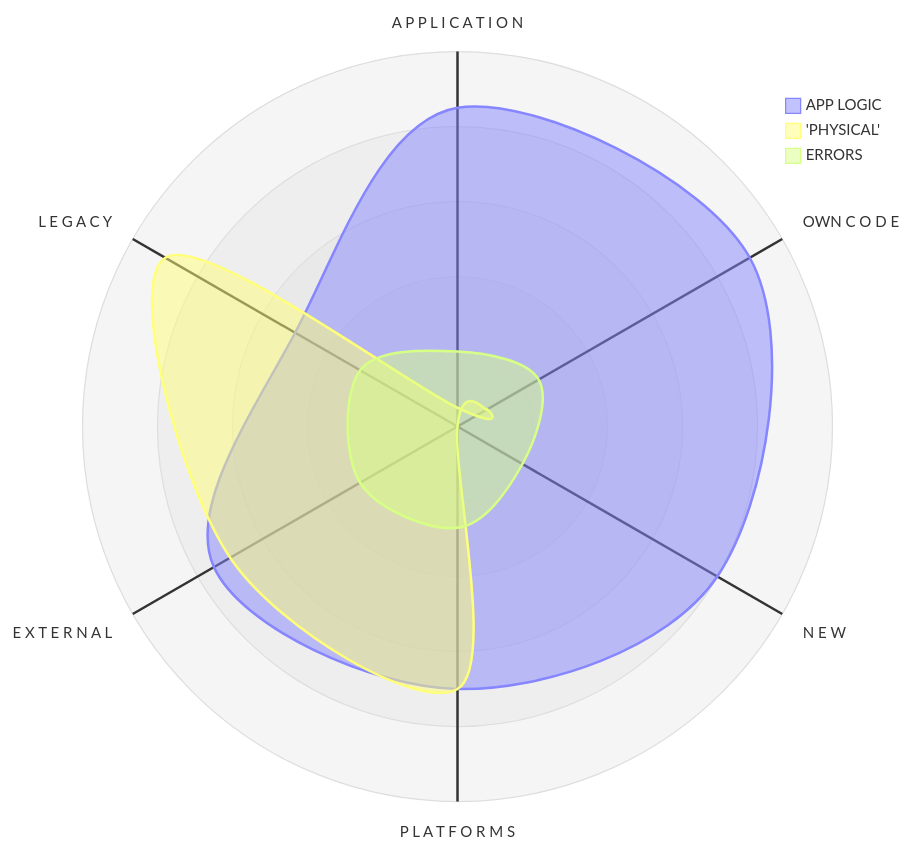
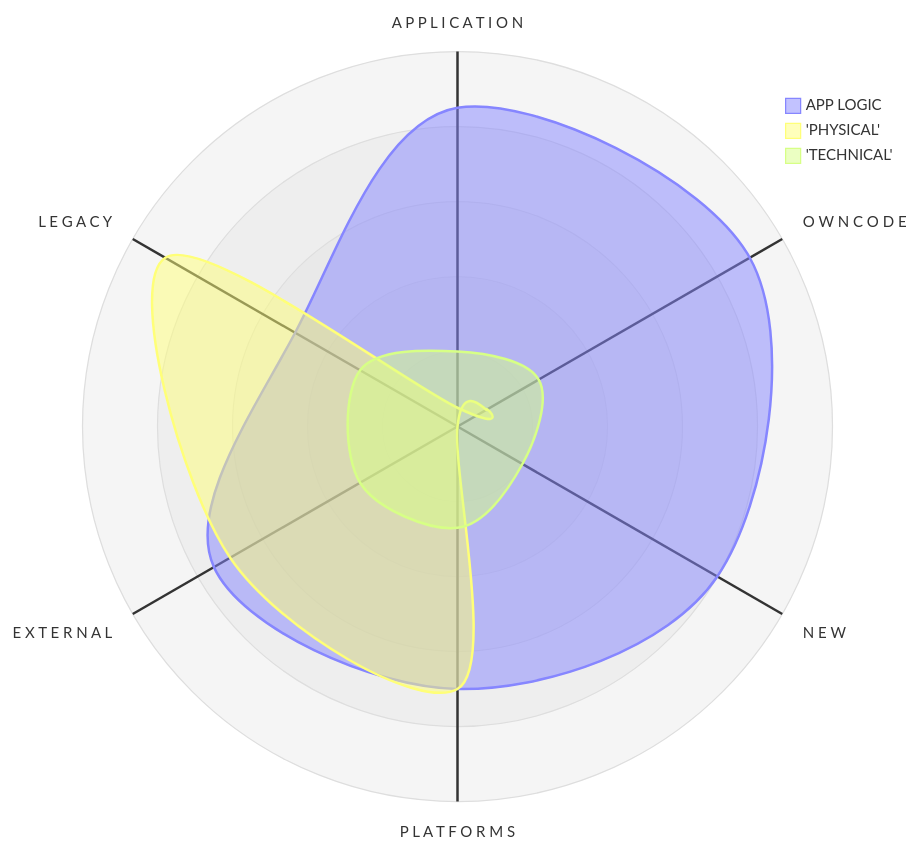
One commit to Kyriosity/read-write changed the diagram in README+/pencraft/README+/essays/README+/NullRefError.md. Above: the diagram before and after it, drawn with Mermaid. The commit also changed other lines of this file, not shown here.

````diff
--- a/README+/pencraft/README+/essays/README+/NullRefError.md
+++ b/README+/pencraft/README+/essays/README+/NullRefError.md
@@ -20,13 +20,13 @@
 ```mermaid
 
 radar-beta
  showLegend true
-  axis App["A P P L I C A T I O N"], s["OWN   C O D E"], e["N E W"]
+  axis App["A P P L I C A T I O N"], s["O W N   C O D E"], e["N E W"]
   axis OS["P L A T F O R M S"], g[" E X T E R N A L"], a[" L E G A C Y"]
   curve LOGIC["APP LOGIC"]{85, 90, 80, 70, 75, 50}
   curve PHYS["'PHYSICAL'"]{5, 9, 0, 70, 70, 90}
-  curve DEEP["ERRORS"]{20, 25, 20, 27, 30, 30}
+  curve TECH["'TECHNICAL'"]{20, 25, 20, 27, 30, 30}
 
   max 100
   min 0
 ```
````
